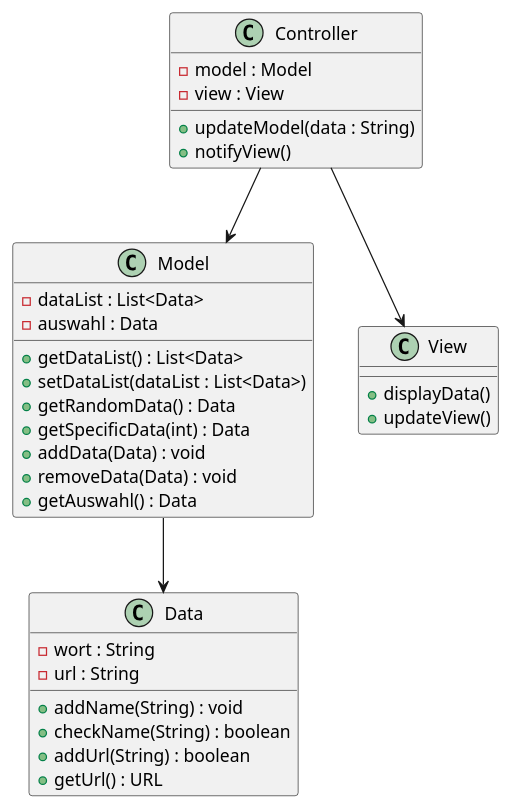
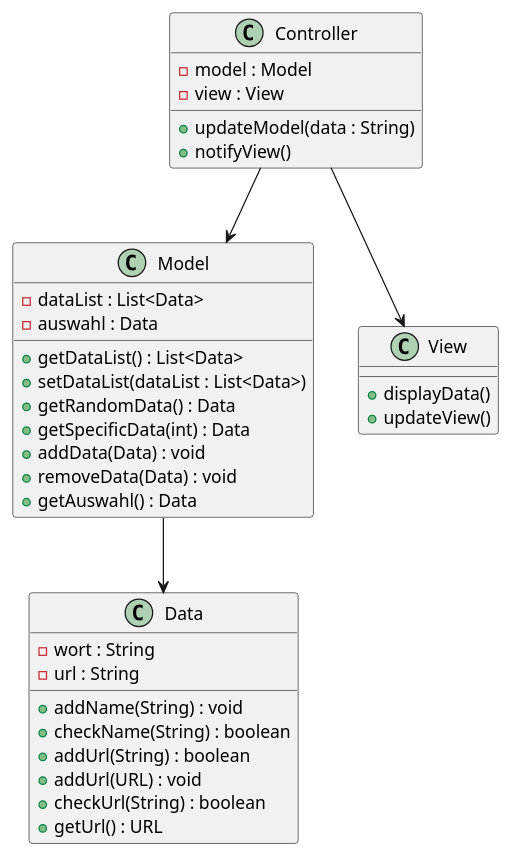
One commit to TGM-HIT/sew9-2425-worttrainer-kbau3r changed the diagram in worttrainer-reloaded.puml. Above: the diagram before and after it, drawn with PlantUML. The commit also changed 3 other files, not shown here.

Commit message:
Data UML finished

```diff
--- a/worttrainer-reloaded.puml
+++ b/worttrainer-reloaded.puml
@@ -1,41 +1,43 @@
 @startuml
 'title: Worttrainer Reloaded - kbauer'
 
 class Model {
   -dataList : List<Data>
   -auswahl : Data
   +getDataList() : List<Data>
   +setDataList(dataList : List<Data>)
   +getRandomData() : Data
   +getSpecificData(int) : Data
   +addData(Data) : void
   +removeData(Data) : void
   +getAuswahl() : Data
 }
 
 class Data {
   -wort : String
   -url : String
   +addName(String) : void
   +checkName(String) : boolean
   +addUrl(String) : boolean
+  +addUrl(URL) : void
+  +checkUrl(String) : boolean
   +getUrl() : URL
 }
 
 class View {
   +displayData()
   +updateView()
 }
 
 class Controller {
   -model : Model
   -view : View
   +updateModel(data : String)
   +notifyView()
 }
 
 Controller --> Model
 Controller --> View
 Model --> Data
 
 @enduml
```
